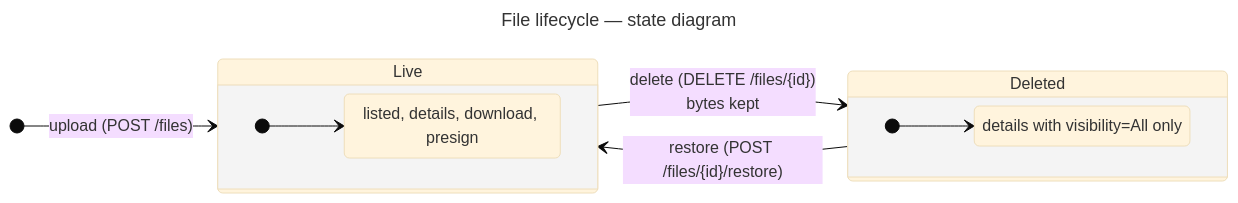
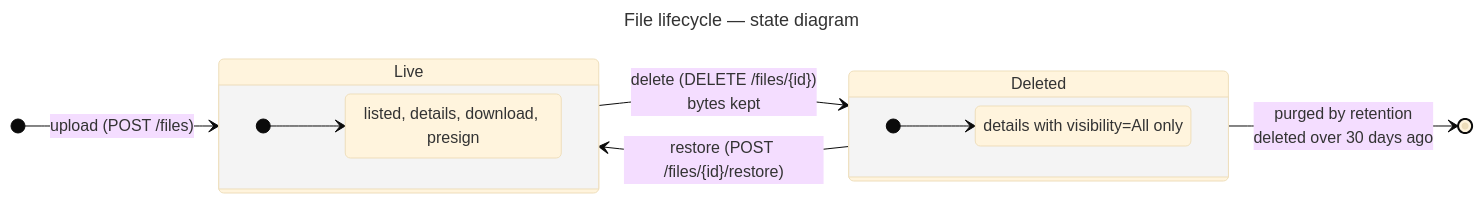
One commit to gmetskhvarishvili/GM.FileStorage.Samples changed the first of 12 diagrams in docs/user-flows.md. Above: the diagram before and after it, drawn with Mermaid (base theme). The commit also changed other lines of this file and 4 other files, not shown here.

````diff
--- a/docs/user-flows.md
+++ b/docs/user-flows.md
@@ -11,21 +11,22 @@
 ```mermaid
 ---
 title: File lifecycle — state diagram
 ---
 stateDiagram-v2
     direction LR
     [*] --> Live: upload (POST /files)
     Live --> Deleted: delete (DELETE /files/{id})<br/>bytes kept
     Deleted --> Live: restore (POST /files/{id}/restore)
+    Deleted --> [*]: purged by retention<br/>deleted over 30 days ago
 
     state Live {
         direction LR
         [*] --> Listed
         Listed: listed, details, download, presign
     }
     state Deleted {
         direction LR
         [*] --> Hidden
         Hidden: details with visibility=All only
     }
 ```
````
